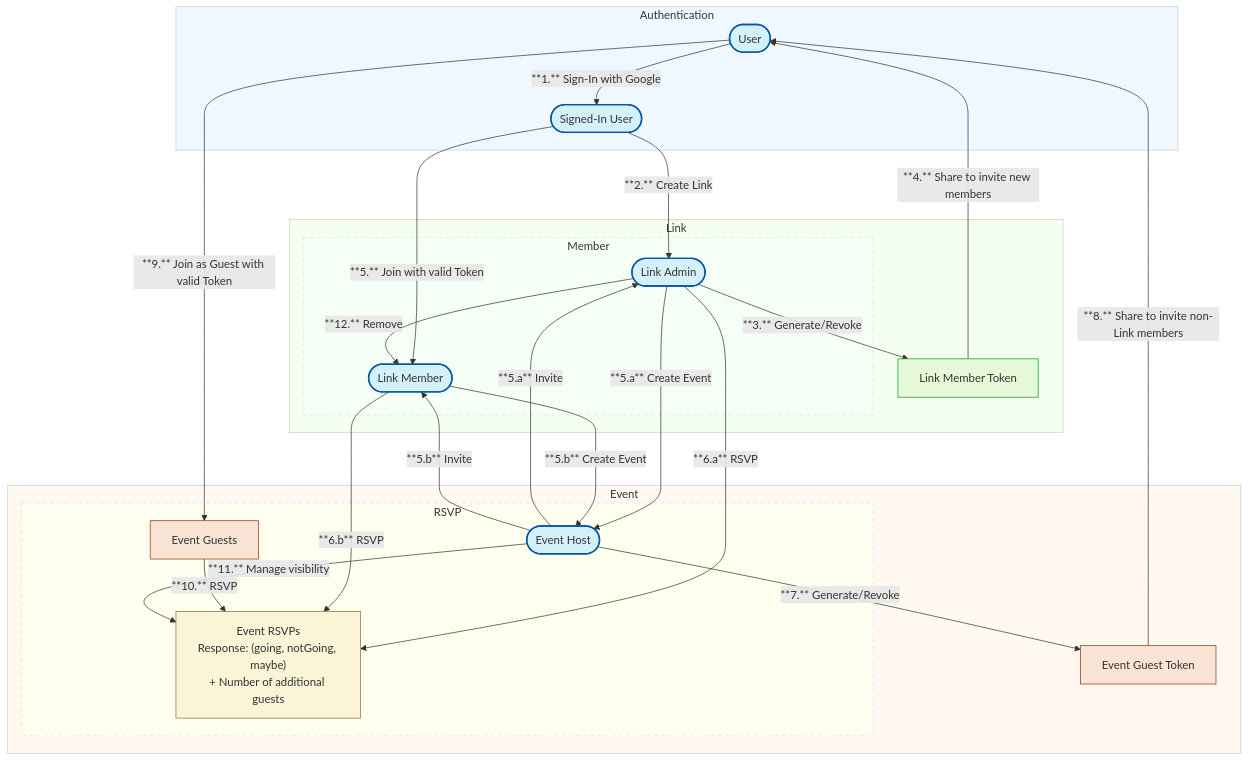
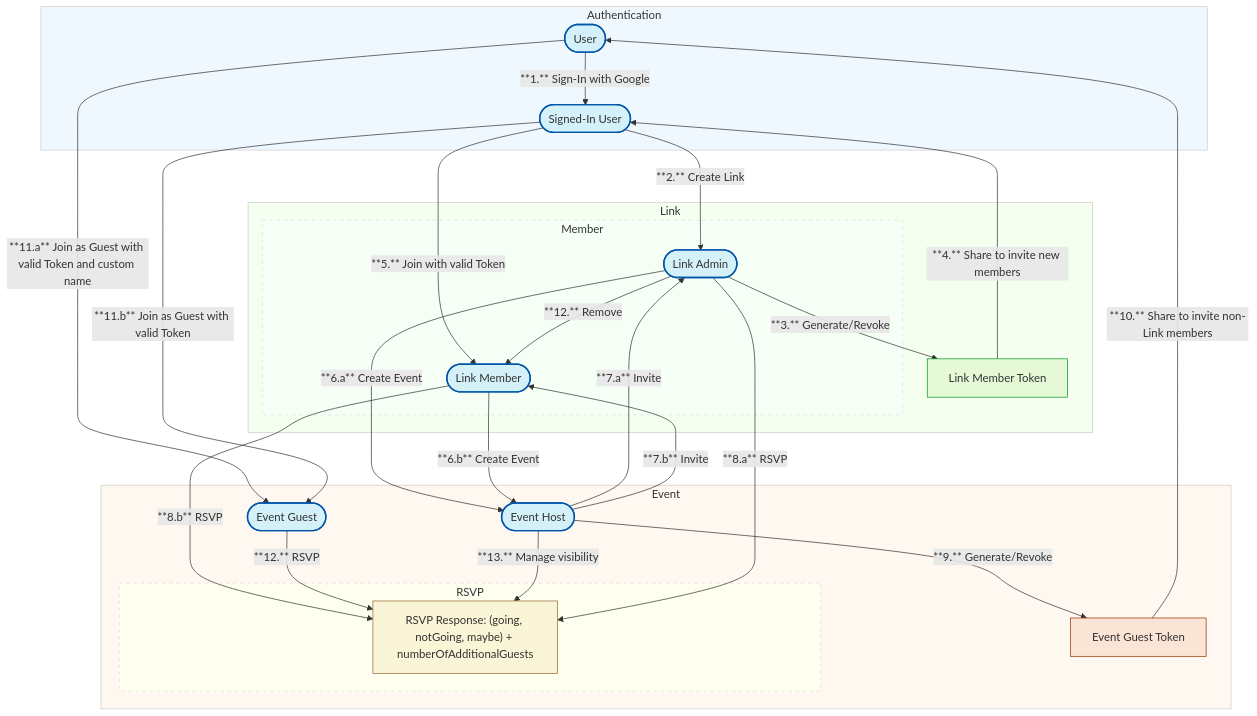
The second of 2 diagrams in docs/design-doc.md (ichilabs/invites.cc), drawn with Mermaid before and after one commit. The commit also changed other lines of this file, not shown here.

Commit message:
docs: Fixed User flow diagram

````diff
--- a/docs/design-doc.md
+++ b/docs/design-doc.md
@@ -131,68 +131,71 @@
 ```mermaid
 flowchart TD
     %% Define main nodes first
     User(["User"])
     SignedInUser(["Signed-In User"])
     LinkAdmin(["Link Admin"])
     LinkMember(["Link Member"])
     EventHost(["Event Host"])
+    EventGuest(["Event Guest"])
     
     subgraph Authentication
         User -->|"**1.** Sign-In with Google"| SignedInUser
     end
     
     subgraph Link
         subgraph Member
             SignedInUser -->|"**2.** Create Link"| LinkAdmin
             SignedInUser -->|"**5.** Join with valid Token"| LinkMember
             LinkAdmin -->|"**12.** Remove"| LinkMember
         end
         
         LinkAdmin -->|"**3.** Generate/Revoke"| LinkMemberToken["Link Member Token"]
-        LinkMemberToken -->|"**4.** Share to invite new members"| User
+        LinkMemberToken -->|"**4.** Share to invite new members"| SignedInUser
     end
     
     subgraph Event
         %% Roles and creation
-        LinkAdmin -->|"**5.a** Create Event"| EventHost
-        LinkMember -->|"**5.b** Create Event"| EventHost
+        LinkAdmin -->|"**6.a** Create Event"| EventHost
+        LinkMember -->|"**6.b** Create Event"| EventHost
         
         %% Invitations
-        EventHost -->|"**5.a** Invite"| LinkAdmin
-        EventHost -->|"**5.b** Invite"| LinkMember
+        EventHost -->|"**7.a** Invite"| LinkAdmin
+        EventHost -->|"**7.b** Invite"| LinkMember
         
         %% Guest management
-        EventHost -->|"**7.** Generate/Revoke"| EventGuestToken["Event Guest Token"]
-        EventGuestToken -->|"**8.** Share to invite non-Link members"| User
-        User -->|"**9.** Join as Guest with valid Token"| Guests["Event Guests"]
+        EventHost -->|"**9.** Generate/Revoke"| EventGuestToken["Event Guest Token"]
+        EventGuestToken -->|"**10.** Share to invite non-Link members"| User
+        User -->|"**11.a** Join as Guest with valid Token and custom name"| EventGuest
+        SignedInUser -->|"**11.b** Join as Guest with valid Token"| EventGuest
+        LinkMember -->|"**8.b** RSVP"| EventRSVP
+        EventGuest -->|"**12.** RSVP"| EventRSVP
+        EventHost -->|"**13.** Manage visibility"| EventRSVP
         
         %% RSVPs
         subgraph RSVP
-            LinkAdmin -->|"**6.a** RSVP"| EventRSVP["Event RSVPs<br>Response: (going, notGoing, maybe)<br>+ Number of additional guests"]
-            LinkMember -->|"**6.b** RSVP"| EventRSVP
-            Guests -->|"**10.** RSVP"| EventRSVP
-            EventHost -->|"**11.** Manage visibility"| EventRSVP
+            LinkAdmin -->|"**8.a** RSVP"| EventRSVP["RSVP Response: (going, notGoing, maybe) + numberOfAdditionalGuests"]
         end
     end
+
+    %% Apply styles
+    class User,SignedInUser,EventHost,EventGuest user
+    class LinkAdmin,LinkMember member
+    class LinkMemberToken links
+    class EventGuestToken events
+    class EventRSVP rsvp
     
     %% Styling
     classDef user fill:#d4f1f9,stroke:#05a,stroke-width:2px,border-radius:8px
     classDef member fill:#d4f1f9,stroke:#05a,stroke-width:2px,border-radius:8px
     classDef links fill:#e5f9d6,stroke:#092,stroke-width:1px,border-radius:5px
     classDef events fill:#f9e4d6,stroke:#930,stroke-width:1px,border-radius:5px
     classDef rsvp fill:#f9f5d6,stroke:#963,stroke-width:1px,border-radius:5px
     
-    %% Apply styles
-    class User,SignedInUser,EventHost user
-    class LinkAdmin,LinkMember member
-    class LinkMemberToken links
-    class EventGuestToken,Guests events
-    class EventRSVP rsvp
     
     %% Improve subgraph styling
     style Authentication fill:#f0f8ff,stroke:#ccc,stroke-width:1px
     style Link fill:#f5fff0,stroke:#ccc,stroke-width:1px
     style Member fill:#f5fff5,stroke:#ddd,stroke-width:1px,stroke-dasharray: 5 5
     style Event fill:#fff8f0,stroke:#ccc,stroke-width:1px
     style RSVP fill:#fffff0,stroke:#ddd,stroke-width:1px,stroke-dasharray: 5 5
 ```
````
